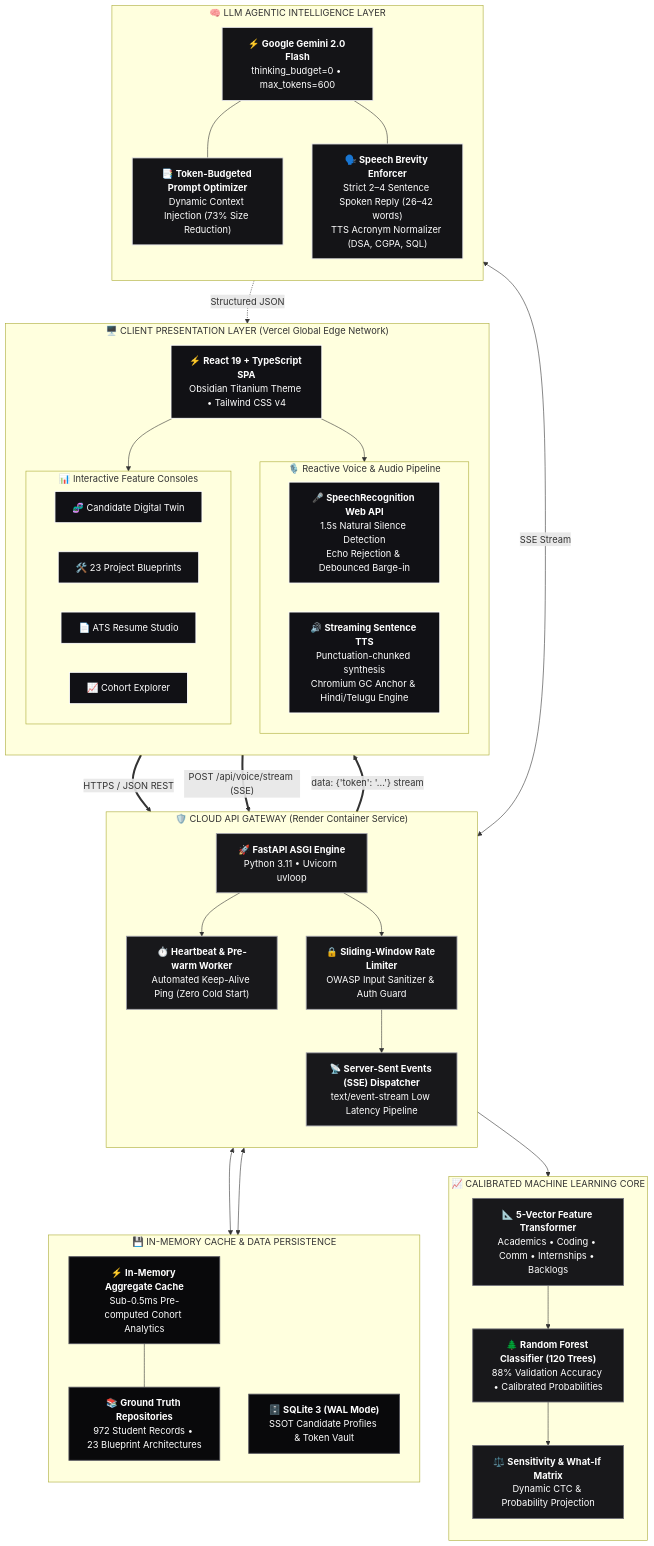
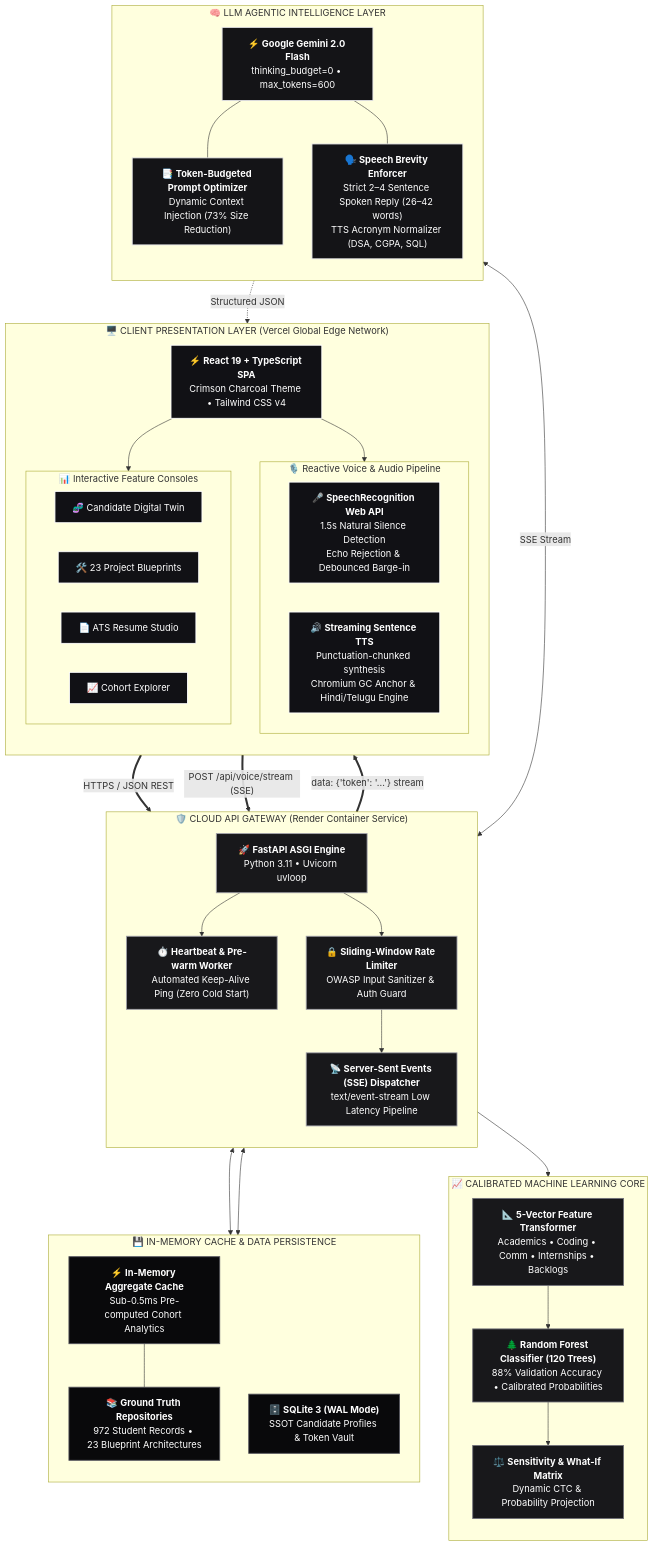
Before and after one commit to dileepbommali16-ops/pathfinder: the diagram in README.md, drawn with Mermaid.

Commit message:
docs: align architecture diagram label with Crimson Charcoal theme

```diff
--- a/README.md
+++ b/README.md
@@ -69,7 +69,7 @@
     %% =========================================================================
     subgraph CLIENT["🖥️ CLIENT PRESENTATION LAYER (Vercel Global Edge Network)"]
         direction TB
-        UI["⚡ <b>React 19 + TypeScript SPA</b><br/>Obsidian Titanium Theme • Tailwind CSS v4"]
+        UI["⚡ <b>React 19 + TypeScript SPA</b><br/>Crimson Charcoal Theme • Tailwind CSS v4"]
         
         subgraph AUDIOPROC["🎙️ Reactive Voice & Audio Pipeline"]
             VoiceIn["🎤 <b>SpeechRecognition Web API</b><br/>1.5s Natural Silence Detection<br/>Echo Rejection & Debounced Barge-in"]
```
